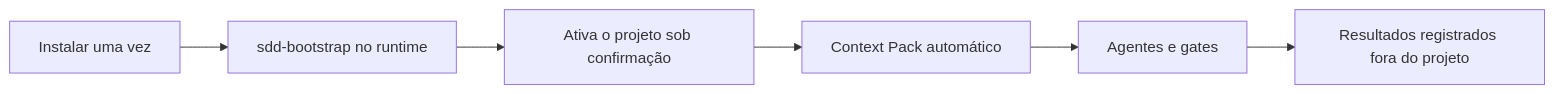
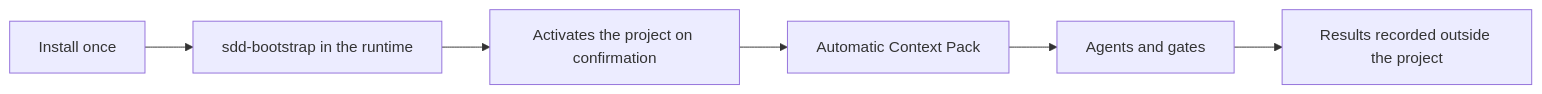
One commit to fellipemauriciosilva/sdd-toolkit changed the diagram in docs/QUICKSTART.md. Above: the diagram before and after it, drawn with Mermaid. The commit also changed other lines of this file and 10 other files, not shown here.

````diff
--- a/docs/QUICKSTART.md
+++ b/docs/QUICKSTART.md
@@ -7,8 +9,8 @@
 ```mermaid
 flowchart LR
-    I[Instalar uma vez] --> B[sdd-bootstrap no runtime]
-    B --> A[Ativa o projeto sob confirmação]
-    A --> P[Context Pack automático]
-    P --> G[Agentes e gates]
-    G --> R[Resultados registrados fora do projeto]
+    I[Install once] --> B[sdd-bootstrap in the runtime]
+    B --> A[Activates the project on confirmation]
+    A --> P[Automatic Context Pack]
+    P --> G[Agents and gates]
+    G --> R[Results recorded outside the project]
 ```
````
